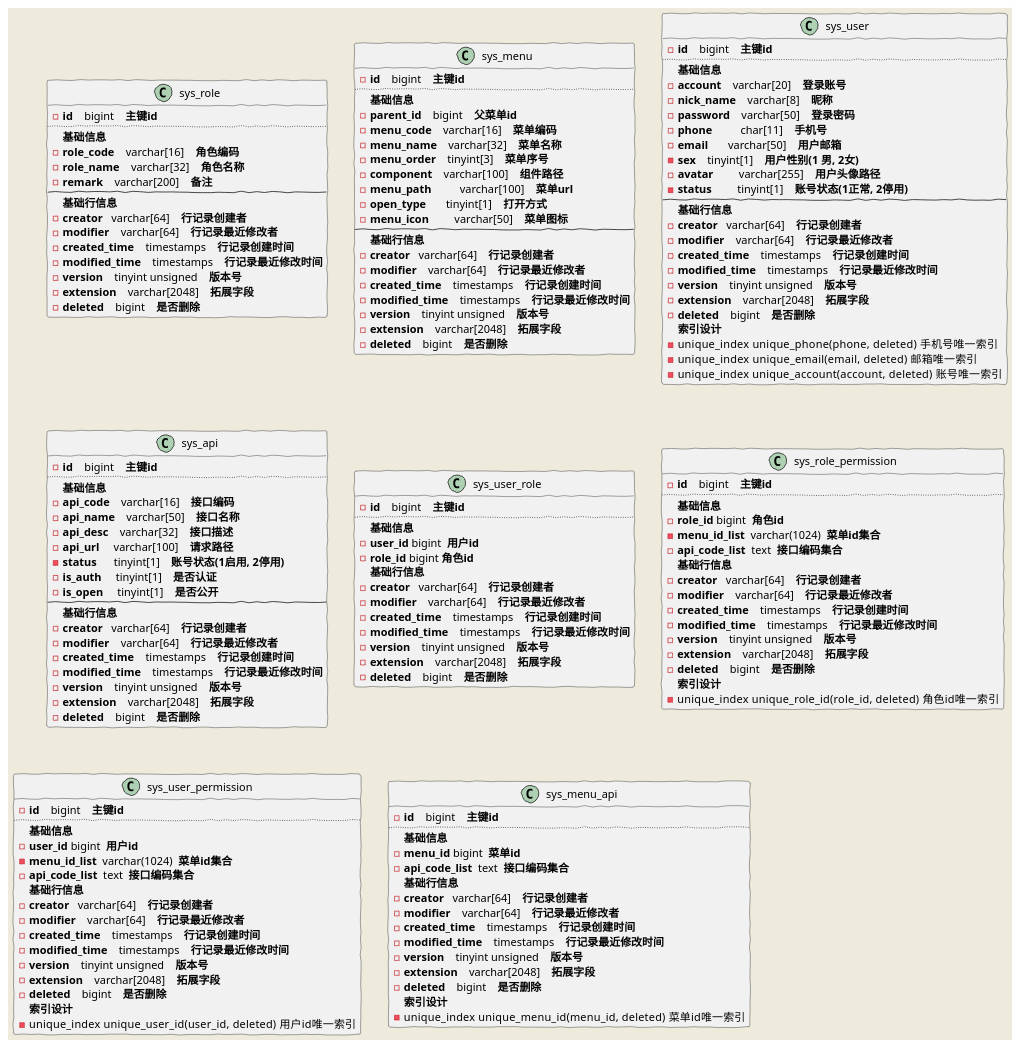
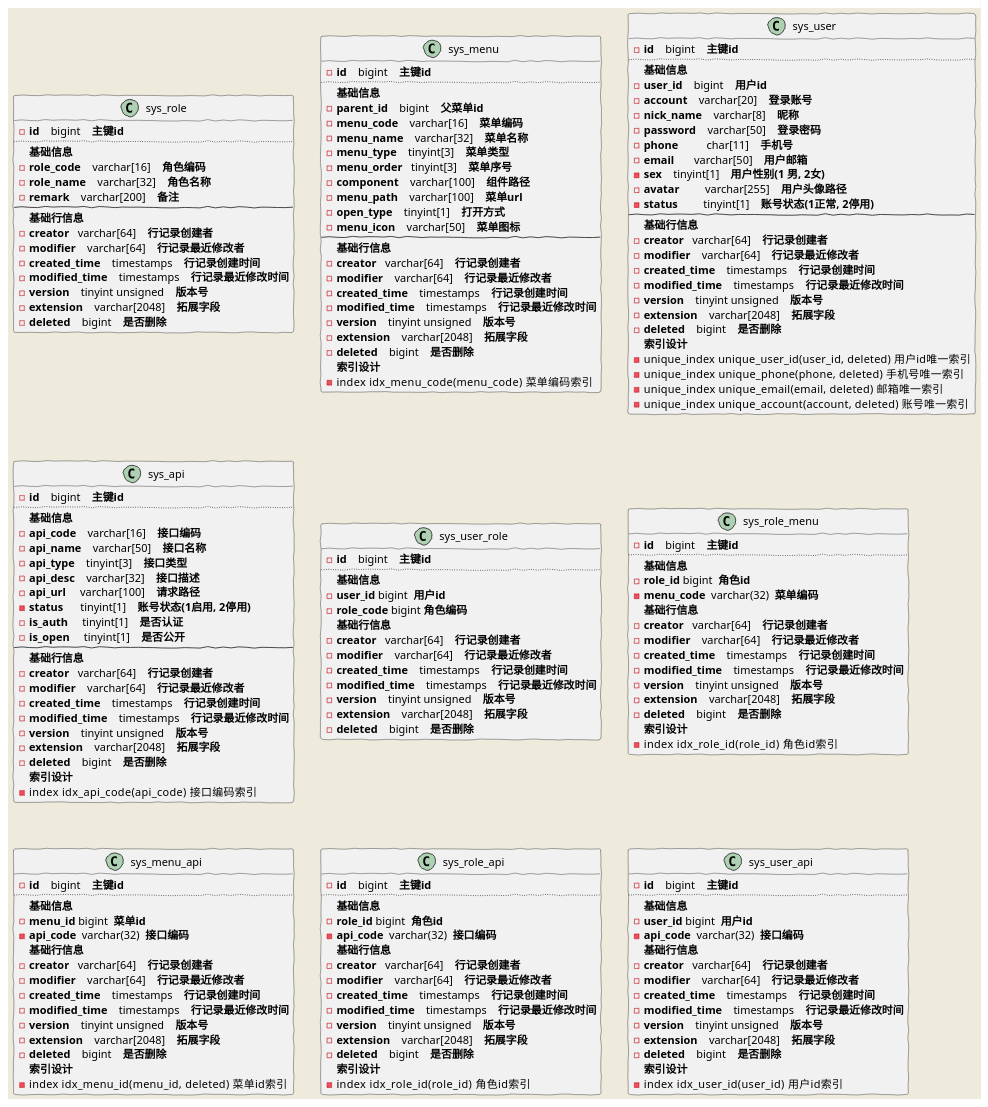
Before and after one commit to Forever1996Fyk/permissions-center: the diagram in doc/权限表结构图.puml, drawn with PlantUML. The commit also changed 80 other files, not shown here.

```diff
--- a/doc/权限表结构图.puml
+++ b/doc/权限表结构图.puml
@@ -1,167 +1,192 @@
 @startuml
 skinparam handwritten true
 skinparam backgroundColor #EEEBDC
 skinparam actorStyle hollow
 
-class sys_role{
+class sys_role {
     - **id**    bigint    **主键id**
     ..
      **基础信息**
         - **role_code**    varchar[16]    **角色编码**
         - **role_name**    varchar[32]    **角色名称**
         - **remark**    varchar[200]    **备注**
     --
     **基础行信息**
         - **creator**   varchar[64]    **行记录创建者**
         - **modifier**    varchar[64]    **行记录最近修改者**
         - **created_time**    timestamps    **行记录创建时间**
         - **modified_time**    timestamps    **行记录最近修改时间**
         - **version**    tinyint unsigned    **版本号**
         - **extension**    varchar[2048]    **拓展字段**
         - **deleted**    bigint    **是否删除**
 }
 
 class sys_menu {
     - **id**    bigint    **主键id**
     ..
      **基础信息**
         - **parent_id**    bigint    **父菜单id**
         - **menu_code**    varchar[16]    **菜单编码**
         - **menu_name**    varchar[32]    **菜单名称**
-        - **menu_order**    tinyint[3]    **菜单序号**
+        - **menu_type**    tinyint[3]    **菜单类型**
+        - **menu_order**   tinyint[3]    **菜单序号**
         - **component**    varchar[100]    **组件路径**
-        - **menu_path**          varchar[100]    **菜单url**
-        - **open_type**       tinyint[1]    **打开方式**
-        - **menu_icon**         varchar[50]    **菜单图标**
+        - **menu_path**    varchar[100]    **菜单url**
+        - **open_type**    tinyint[1]    **打开方式**
+        - **menu_icon**    varchar[50]    **菜单图标**
     --
     **基础行信息**
         - **creator**   varchar[64]    **行记录创建者**
         - **modifier**    varchar[64]    **行记录最近修改者**
         - **created_time**    timestamps    **行记录创建时间**
         - **modified_time**    timestamps    **行记录最近修改时间**
         - **version**    tinyint unsigned    **版本号**
         - **extension**    varchar[2048]    **拓展字段**
         - **deleted**    bigint    **是否删除**
+    **索引设计**
+        - index  idx_menu_code(menu_code)    菜单编码索引
 }
 
 class sys_user {
     - **id**    bigint    **主键id**
     ..
      **基础信息**
+        - **user_id**    bigint    **用户id**
         - **account**    varchar[20]    **登录账号**
         - **nick_name**    varchar[8]    **昵称**
         - **password**    varchar[50]    **登录密码**
         - **phone**          char[11]    **手机号**
         - **email**       varchar[50]    **用户邮箱**
         - **sex**    tinyint[1]    **用户性别(1 男, 2女)**
         - **avatar**         varchar[255]    **用户头像路径**
         - **status**         tinyint[1]    **账号状态(1正常, 2停用)**
     --
     **基础行信息**
         - **creator**   varchar[64]    **行记录创建者**
         - **modifier**    varchar[64]    **行记录最近修改者**
         - **created_time**    timestamps    **行记录创建时间**
         - **modified_time**    timestamps    **行记录最近修改时间**
         - **version**    tinyint unsigned    **版本号**
         - **extension**    varchar[2048]    **拓展字段**
         - **deleted**    bigint    **是否删除**
     **索引设计**
+        - unique_index  unique_user_id(user_id, deleted)    用户id唯一索引
         - unique_index  unique_phone(phone, deleted)    手机号唯一索引
         - unique_index  unique_email(email, deleted)    邮箱唯一索引
         - unique_index  unique_account(account, deleted)    账号唯一索引
 }
 
 class sys_api {
     - **id**    bigint    **主键id**
     ..
      **基础信息**
         - **api_code**    varchar[16]    **接口编码**
         - **api_name**    varchar[50]    **接口名称**
+        - **api_type**    tinyint[3]    **接口类型**
         - **api_desc**    varchar[32]    **接口描述**
         - **api_url**     varchar[100]    **请求路径**
         - **status**      tinyint[1]    **账号状态(1启用, 2停用)**
         - **is_auth**     tinyint[1]    **是否认证**
         - **is_open**     tinyint[1]    **是否公开**
     --
     **基础行信息**
         - **creator**   varchar[64]    **行记录创建者**
         - **modifier**    varchar[64]    **行记录最近修改者**
         - **created_time**    timestamps    **行记录创建时间**
         - **modified_time**    timestamps    **行记录最近修改时间**
         - **version**    tinyint unsigned    **版本号**
         - **extension**    varchar[2048]    **拓展字段**
         - **deleted**    bigint    **是否删除**
+    **索引设计**
+        - index  idx_api_code(api_code)    接口编码索引
 }
 
 class sys_user_role {
     - **id**    bigint    **主键id**
     ..
     **基础信息**
         - **user_id** bigint  **用户id**
-        - **role_id** bigint **角色id**
+        - **role_code** bigint **角色编码**
     **基础行信息**
         - **creator**   varchar[64]    **行记录创建者**
         - **modifier**    varchar[64]    **行记录最近修改者**
         - **created_time**    timestamps    **行记录创建时间**
         - **modified_time**    timestamps    **行记录最近修改时间**
         - **version**    tinyint unsigned    **版本号**
         - **extension**    varchar[2048]    **拓展字段**
         - **deleted**    bigint    **是否删除**
 }
 
-class sys_role_permission {
+class sys_role_menu {
     - **id**    bigint    **主键id**
     ..
     **基础信息**
         - **role_id** bigint  **角色id**
-        - **menu_id_list**  varchar(1024)  **菜单id集合**
-        - **api_code_list**  text  **接口编码集合**
+        - **menu_code**  varchar(32)  **菜单编码**
     **基础行信息**
         - **creator**   varchar[64]    **行记录创建者**
         - **modifier**    varchar[64]    **行记录最近修改者**
         - **created_time**    timestamps    **行记录创建时间**
         - **modified_time**    timestamps    **行记录最近修改时间**
         - **version**    tinyint unsigned    **版本号**
         - **extension**    varchar[2048]    **拓展字段**
         - **deleted**    bigint    **是否删除**
     **索引设计**
-        - unique_index  unique_role_id(role_id, deleted)    角色id唯一索引
+        - index  idx_role_id(role_id)    角色id索引
 }
 
-class sys_user_permission {
+
+class sys_menu_api {
     - **id**    bigint    **主键id**
     ..
     **基础信息**
-        - **user_id** bigint  **用户id**
-        - **menu_id_list**  varchar(1024)  **菜单id集合**
-        - **api_code_list**  text  **接口编码集合**
+        - **menu_id** bigint  **菜单id**
+        - **api_code**  varchar(32)  **接口编码**
     **基础行信息**
         - **creator**   varchar[64]    **行记录创建者**
         - **modifier**    varchar[64]    **行记录最近修改者**
         - **created_time**    timestamps    **行记录创建时间**
         - **modified_time**    timestamps    **行记录最近修改时间**
         - **version**    tinyint unsigned    **版本号**
         - **extension**    varchar[2048]    **拓展字段**
         - **deleted**    bigint    **是否删除**
     **索引设计**
-        - unique_index  unique_user_id(user_id, deleted)    用户id唯一索引
+        - index  idx_menu_id(menu_id, deleted)    菜单id索引
 }
 
-class sys_menu_api {
+class sys_role_api {
     - **id**    bigint    **主键id**
     ..
     **基础信息**
-        - **menu_id** bigint  **菜单id**
-        - **api_code_list**  text  **接口编码集合**
+        - **role_id** bigint  **角色id**
+        - **api_code**  varchar(32)  **接口编码**
     **基础行信息**
         - **creator**   varchar[64]    **行记录创建者**
         - **modifier**    varchar[64]    **行记录最近修改者**
         - **created_time**    timestamps    **行记录创建时间**
         - **modified_time**    timestamps    **行记录最近修改时间**
         - **version**    tinyint unsigned    **版本号**
         - **extension**    varchar[2048]    **拓展字段**
         - **deleted**    bigint    **是否删除**
     **索引设计**
-        - unique_index  unique_menu_id(menu_id, deleted)    菜单id唯一索引
+        - index  idx_role_id(role_id)    角色id索引
+}
+
+class sys_user_api {
+    - **id**    bigint    **主键id**
+    ..
+    **基础信息**
+        - **user_id** bigint  **用户id**
+        - **api_code**  varchar(32)  **接口编码**
+    **基础行信息**
+        - **creator**   varchar[64]    **行记录创建者**
+        - **modifier**    varchar[64]    **行记录最近修改者**
+        - **created_time**    timestamps    **行记录创建时间**
+        - **modified_time**    timestamps    **行记录最近修改时间**
+        - **version**    tinyint unsigned    **版本号**
+        - **extension**    varchar[2048]    **拓展字段**
+        - **deleted**    bigint    **是否删除**
+    **索引设计**
+        - index  idx_user_id(user_id)    用户id索引
 }
 @enduml
```
